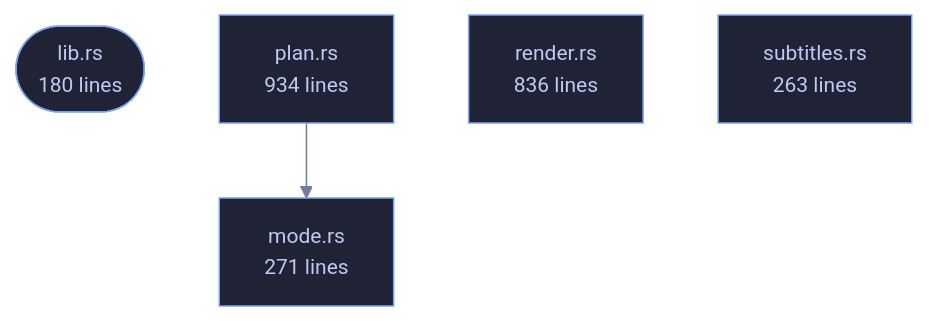
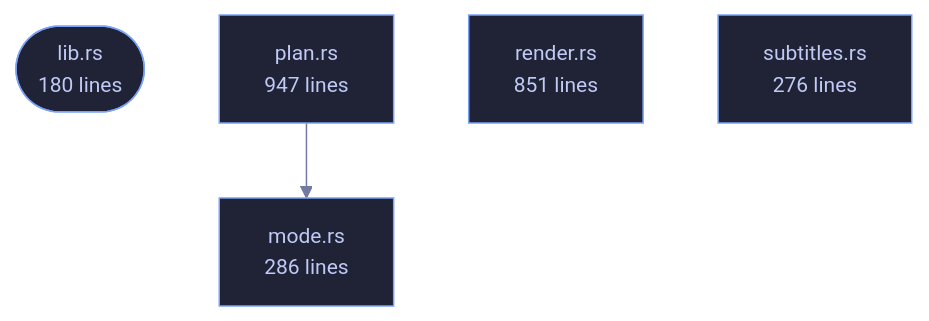
The diagram in wiki/Crate-veilvoice-conversation.md (tilas01/veilvoice), drawn with Mermaid before and after one commit. The commit also changed other lines of this file and 487 other files, not shown here.

````diff
--- a/wiki/Crate-veilvoice-conversation.md
+++ b/wiki/Crate-veilvoice-conversation.md
@@ -91,15 +91,15 @@
 ```mermaid
 %%{init: {"theme":"base","themeVariables":{"background":"#1a1b26","primaryColor":"#1f2335","primaryTextColor":"#c0caf5","primaryBorderColor":"#7aa2f7","secondaryColor":"#16161e","tertiaryColor":"#16161e","lineColor":"#737aa2","textColor":"#c0caf5","mainBkg":"#1f2335","nodeBorder":"#7aa2f7","clusterBkg":"#16161e","clusterBorder":"#2f3549","fontFamily":"ui-monospace, SFMono-Regular, Consolas, monospace","fontSize":"14px"}}}%%
 flowchart TD
     n_lib(["lib.rs<br/>180 lines"])
-    n_mode["mode.rs<br/>271 lines"]
-    n_plan["plan.rs<br/>934 lines"]
-    n_render["render.rs<br/>836 lines"]
-    n_subtitles["subtitles.rs<br/>263 lines"]
+    n_mode["mode.rs<br/>286 lines"]
+    n_plan["plan.rs<br/>947 lines"]
+    n_render["render.rs<br/>851 lines"]
+    n_subtitles["subtitles.rs<br/>276 lines"]
     n_plan --> n_mode
     click n_lib href "https://github.com/tilas01/veilvoice/blob/main/crates/veilvoice-conversation/src/lib.rs" "open the source"
     click n_mode href "https://github.com/tilas01/veilvoice/blob/main/crates/veilvoice-conversation/src/mode.rs" "open the source"
     click n_plan href "https://github.com/tilas01/veilvoice/blob/main/crates/veilvoice-conversation/src/plan.rs" "open the source"
     click n_render href "https://github.com/tilas01/veilvoice/blob/main/crates/veilvoice-conversation/src/render.rs" "open the source"
     click n_subtitles href "https://github.com/tilas01/veilvoice/blob/main/crates/veilvoice-conversation/src/subtitles.rs" "open the source"
 ```
````
